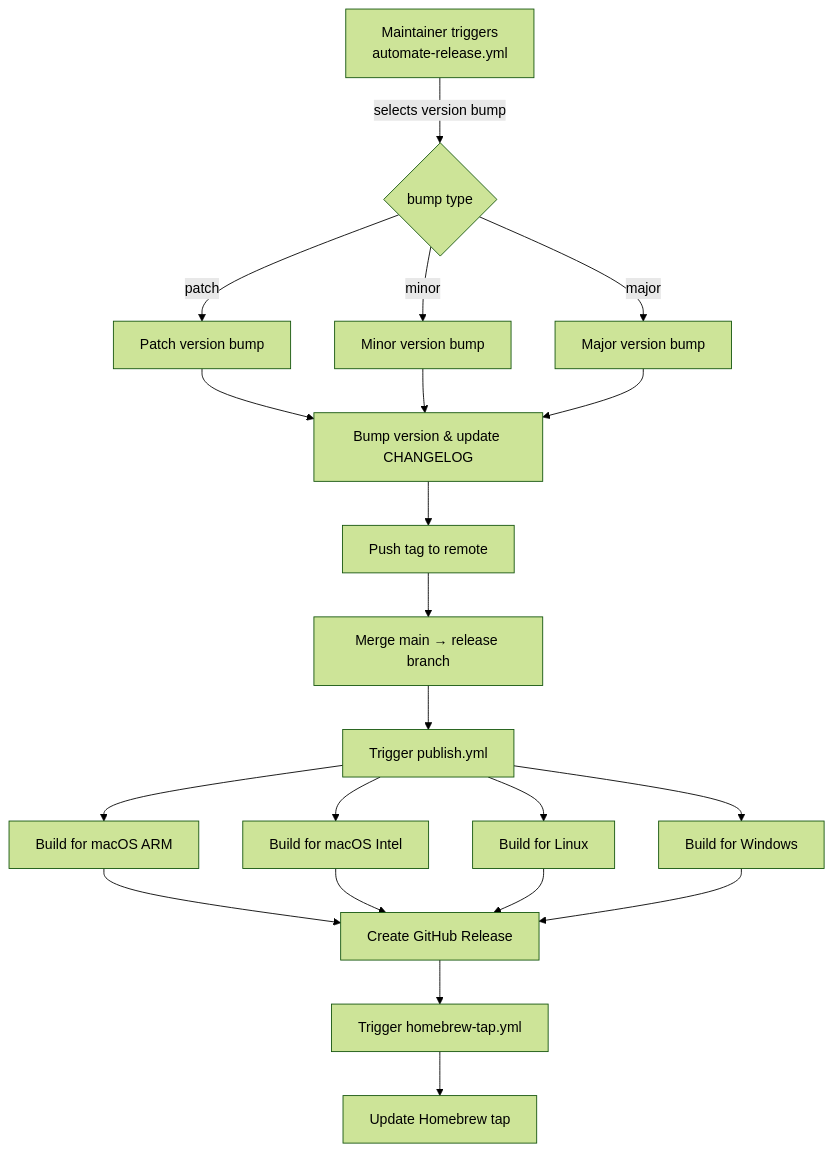
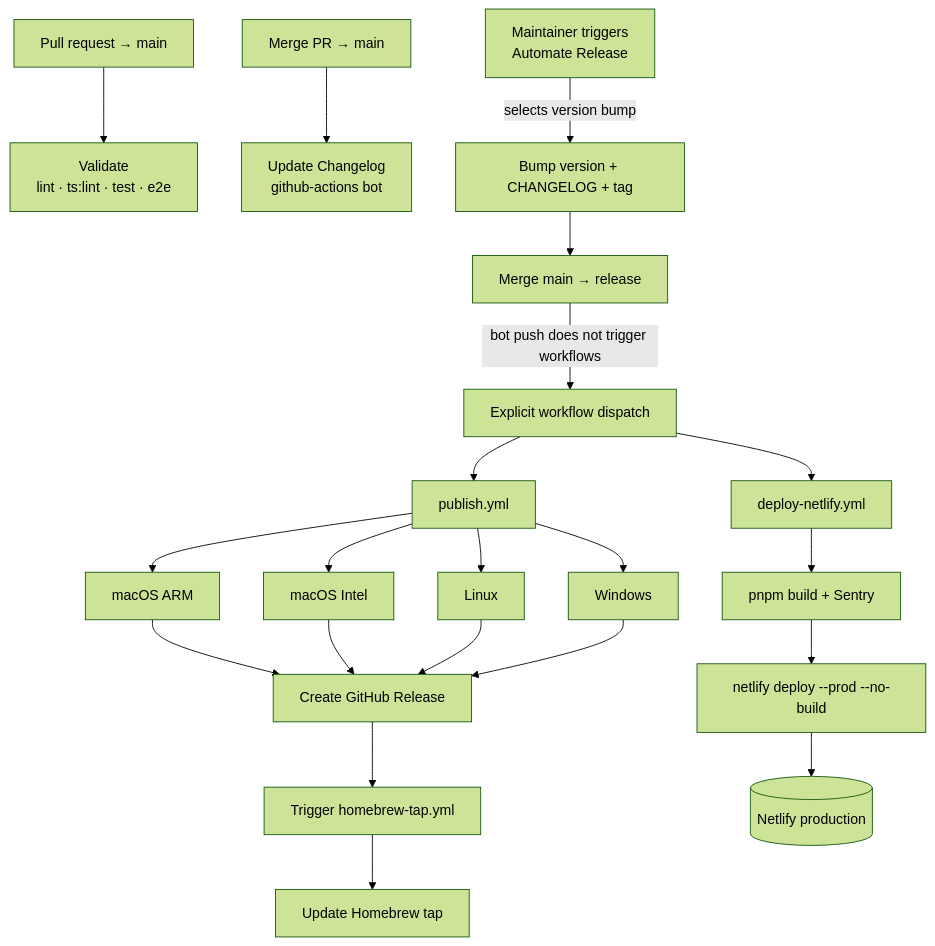
One commit to Gisto/Gisto changed the diagram in README.md. Above: the diagram before and after it, drawn with Mermaid (forest theme). The commit also changed other lines of this file, not shown here.

Commit message:
docs: add deploy chart to readme

````diff
--- a/README.md
+++ b/README.md
@@ -238,28 +238,29 @@
 ```mermaid
 flowchart TD
-    A[Maintainer triggers<br>automate-release.yml] -->|selects version bump| B{bump type}
-    B -->|patch| C[Patch version bump]
-    B -->|minor| D[Minor version bump]
-    B -->|major| E[Major version bump]
+    PR[Pull request → main] --> V[Validate<br>lint · ts:lint · test · e2e]
+    MERGE[Merge PR → main] --> CL[Update Changelog<br>github-actions bot]
 
-    C --> F[Bump version & update CHANGELOG]
-    D --> F
-    E --> F
+    A[Maintainer triggers<br>Automate Release] -->|selects version bump| B[Bump version + CHANGELOG + tag]
+    B --> H[Merge main → release]
+    H -->|bot push does not trigger workflows| T[Explicit workflow dispatch]
 
-    F --> G[Push tag to remote]
-    G --> H[Merge main → release branch]
-    H --> I[Trigger publish.yml]
+    T --> PUB[publish.yml]
+    T --> WEB[deploy-netlify.yml]
 
-    I --> J[Build for macOS ARM]
-    I --> K[Build for macOS Intel]
-    I --> L[Build for Linux]
-    I --> M[Build for Windows]
+    PUB --> J[macOS ARM]
+    PUB --> K[macOS Intel]
+    PUB --> L[Linux]
+    PUB --> M[Windows]
 
     J --> N[Create GitHub Release]
     K --> N
     L --> N
     M --> N
 
     N --> O[Trigger homebrew-tap.yml]
     O --> P[Update Homebrew tap]
+
+    WEB --> W[pnpm build + Sentry]
+    W --> X[netlify deploy --prod --no-build]
+    X --> Y[(Netlify production)]
 ```
````
